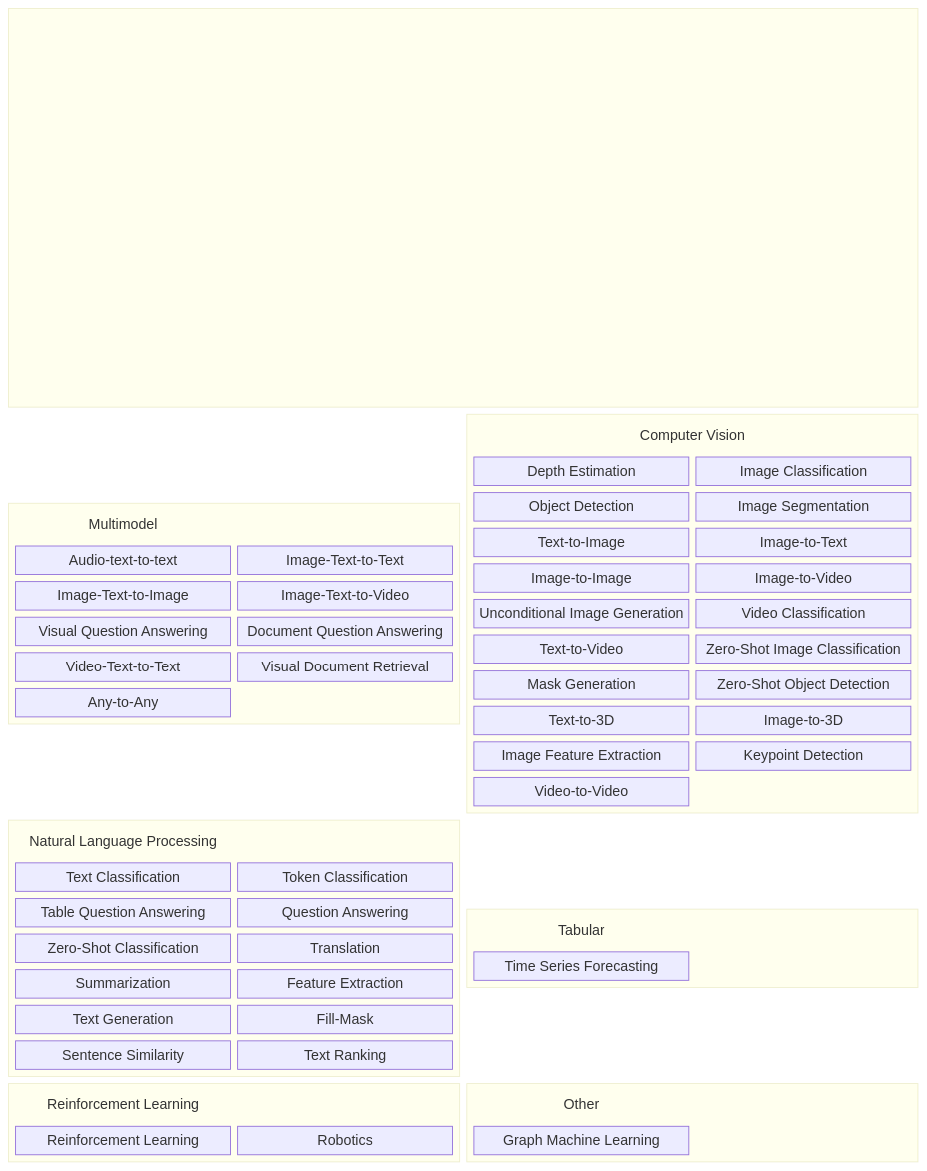
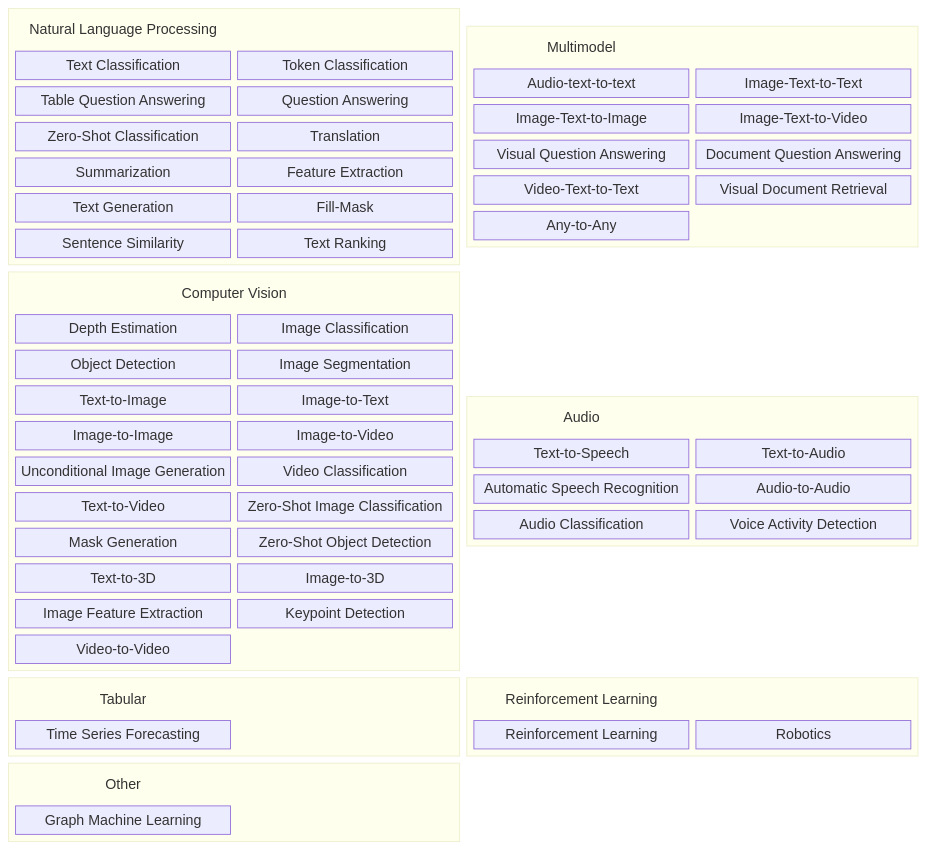
The second of 2 diagrams in docs/minimumskrav/baggrund_objekt_for_os2AI.md (OS2sandbox/public-genai-governance), drawn with Mermaid before and after one commit.

Commit message:
Reorder blocks

````diff
--- a/docs/minimumskrav/baggrund_objekt_for_os2AI.md
+++ b/docs/minimumskrav/baggrund_objekt_for_os2AI.md
@@ -52,8 +52,26 @@
 ```mermaid
 block
   columns 4
-  a["Title"]:4
-  block:multimodel:2
+  
+  block:nlp:2
+    columns 2
+    nlp_title["Natural Language Processing"]:2
+
+    nlp_tc["Text Classification"]
+    nlp_tokc["Token Classification"]
+    nlp_tqa["Table Question Answering"]
+    nlp_qa["Question Answering"]
+    nlp_zsc["Zero-Shot Classification"]
+    nlp_trans["Translation"]
+    nlp_sum["Summarization"]
+    nlp_fe["Feature Extraction"]
+    nlp_tg["Text Generation"]
+    nlp_fm["Fill-Mask"]
+    nlp_ss["Sentence Similarity"]
+    nlp_tr["Text Ranking"]
+  end
+  
+  block:mm:2
     columns 2
     mm_title["Multimodel"]:2
 
@@ -92,25 +110,6 @@
     cv_kd["Keypoint Detection"]
     cv_vtc["Video-to-Video"]
   end
-  
-  block:nlp:2
-    columns 2
-    nlp_title["Natural Language Processing"]:2
-
-    nlp_tc["Text Classification"]
-    nlp_tokc["Token Classification"]
-    nlp_tqa["Table Question Answering"]
-    nlp_qa["Question Answering"]
-    nlp_zsc["Zero-Shot Classification"]
-    nlp_trans["Translation"]
-    nlp_sum["Summarization"]
-    nlp_fe["Feature Extraction"]
-    nlp_tg["Text Generation"]
-    nlp_fm["Fill-Mask"]
-    nlp_ss["Sentence Similarity"]
-    nlp_tr["Text Ranking"]
-  end
-  
   
   block:a:2
     columns 2
````
